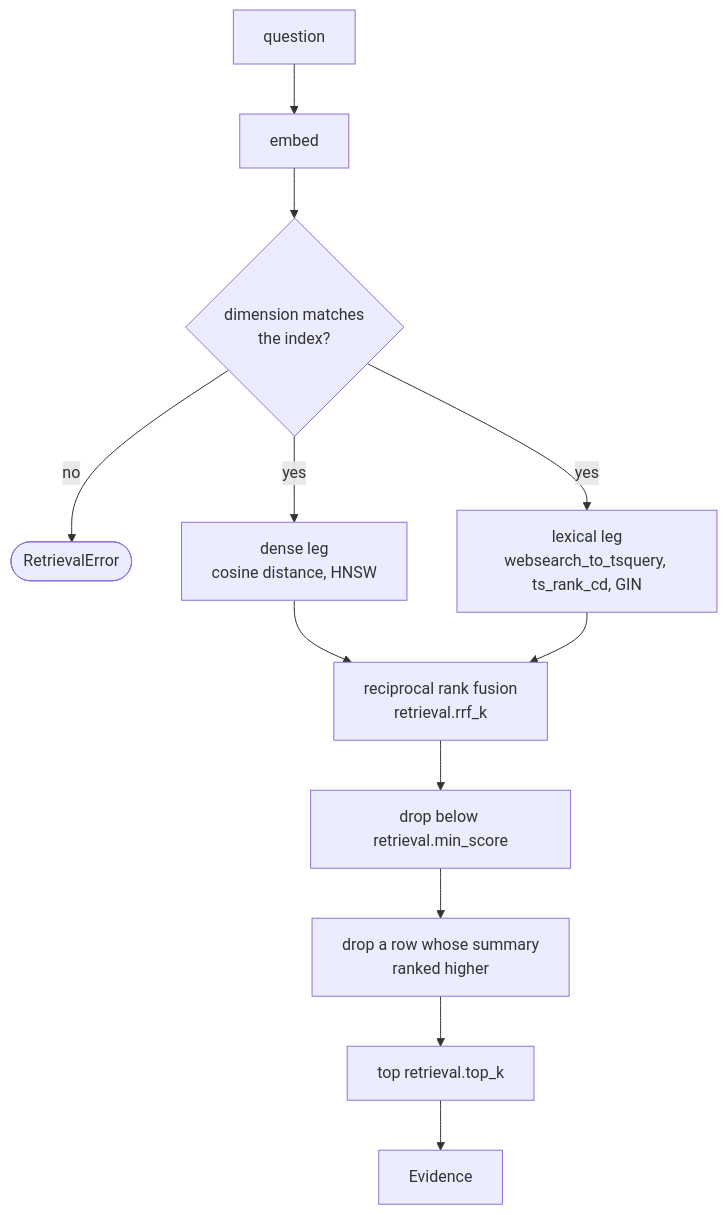
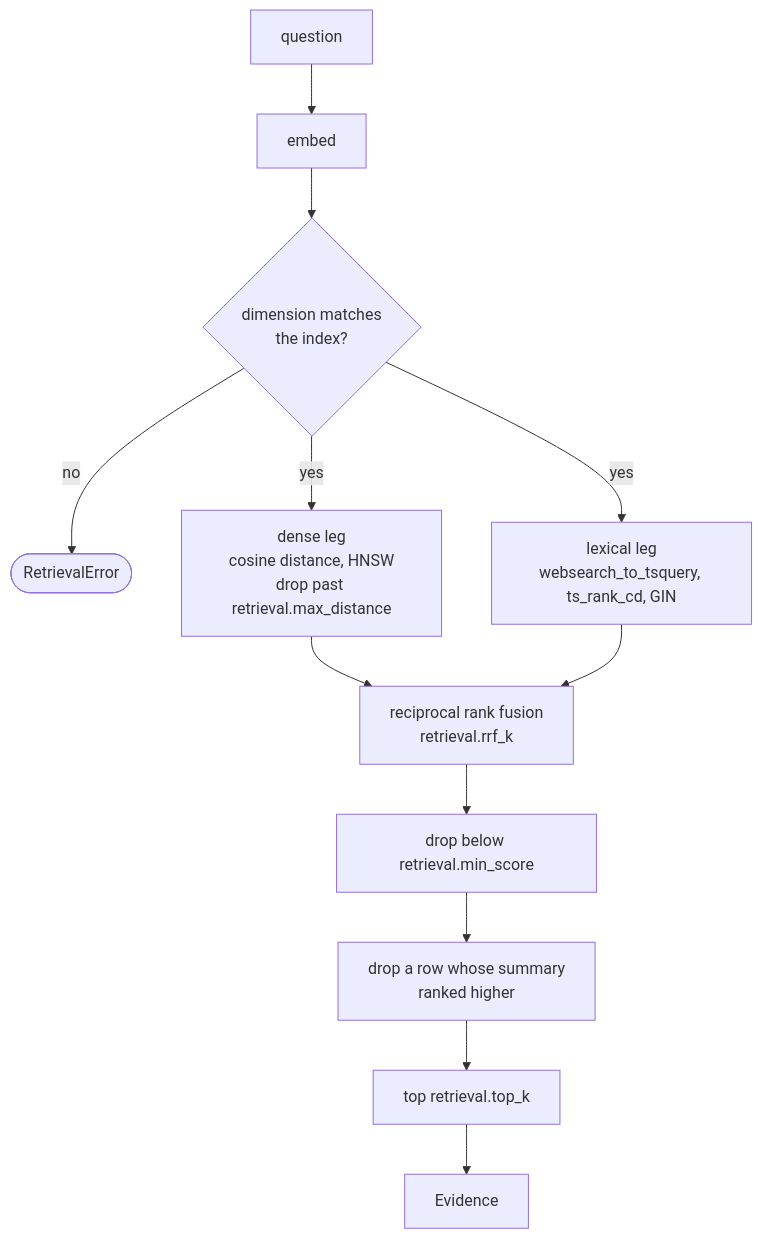
The sixth of 10 diagrams in docs/ARCHITECTURE.md (ashworks1706/SparkyAI), drawn with Mermaid before and after one commit. The commit also changed other lines of this file and 10 other files, not shown here.

````diff
--- a/docs/ARCHITECTURE.md
+++ b/docs/ARCHITECTURE.md
@@ -469,14 +469,14 @@
 ```mermaid
 flowchart TD
     Q["question"] --> EMB["embed"]
     EMB --> DIM{"dimension matches<br/>the index?"}
     DIM -->|no| ERR(["RetrievalError"])
-    DIM -->|yes| DENSE["dense leg<br/>cosine distance, HNSW"]
+    DIM -->|yes| DENSE["dense leg<br/>cosine distance, HNSW<br/>drop past retrieval.max_distance"]
     DIM -->|yes| LEX["lexical leg<br/>websearch_to_tsquery, ts_rank_cd, GIN"]
     DENSE --> RRF["reciprocal rank fusion<br/>retrieval.rrf_k"]
     LEX --> RRF
     RRF --> MIN["drop below retrieval.min_score"]
     MIN --> TREE["drop a row whose summary<br/>ranked higher"]
     TREE --> TOPK["top retrieval.top_k"]
     TOPK --> EV["Evidence"]
 ```
````
